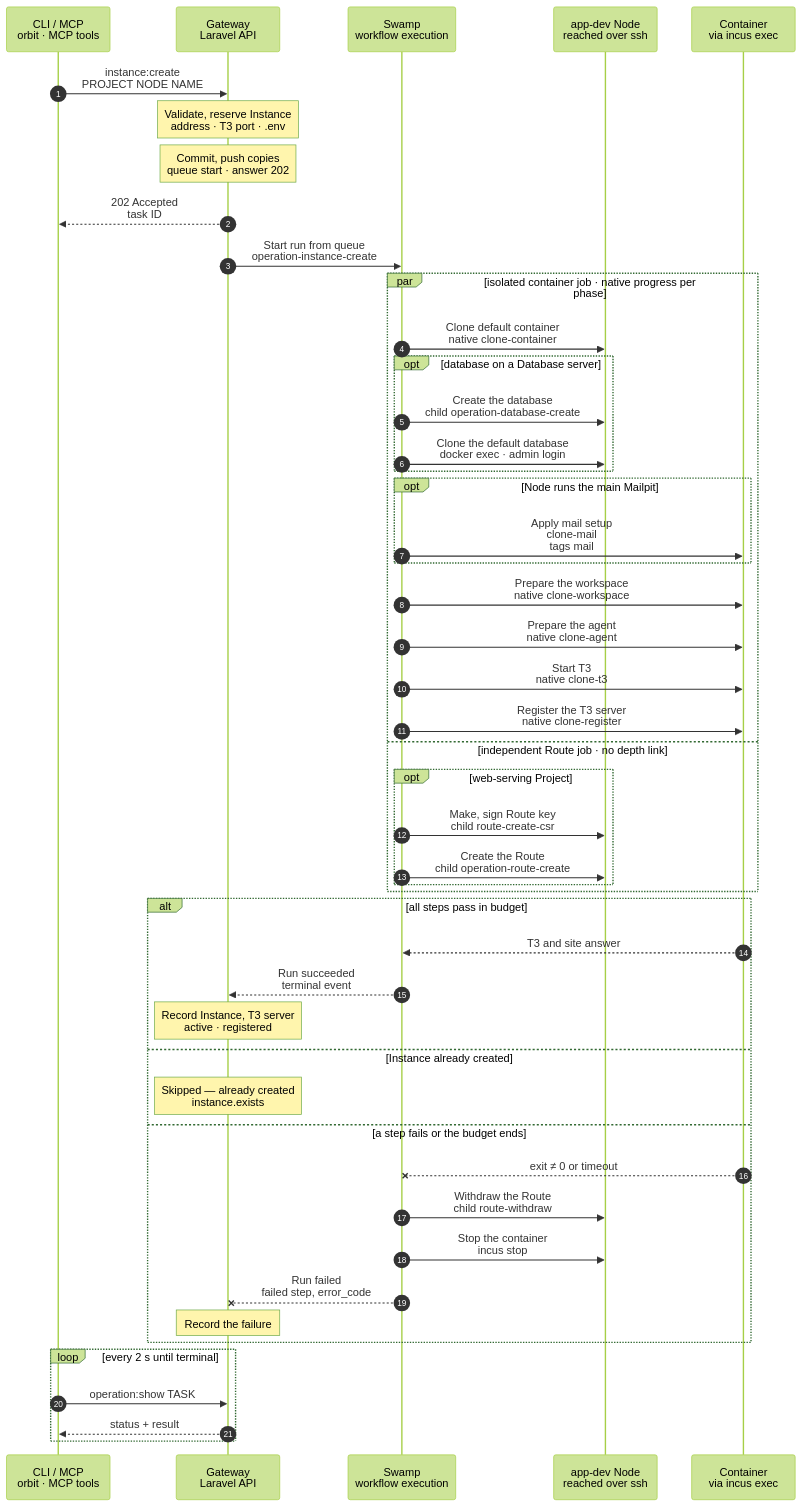
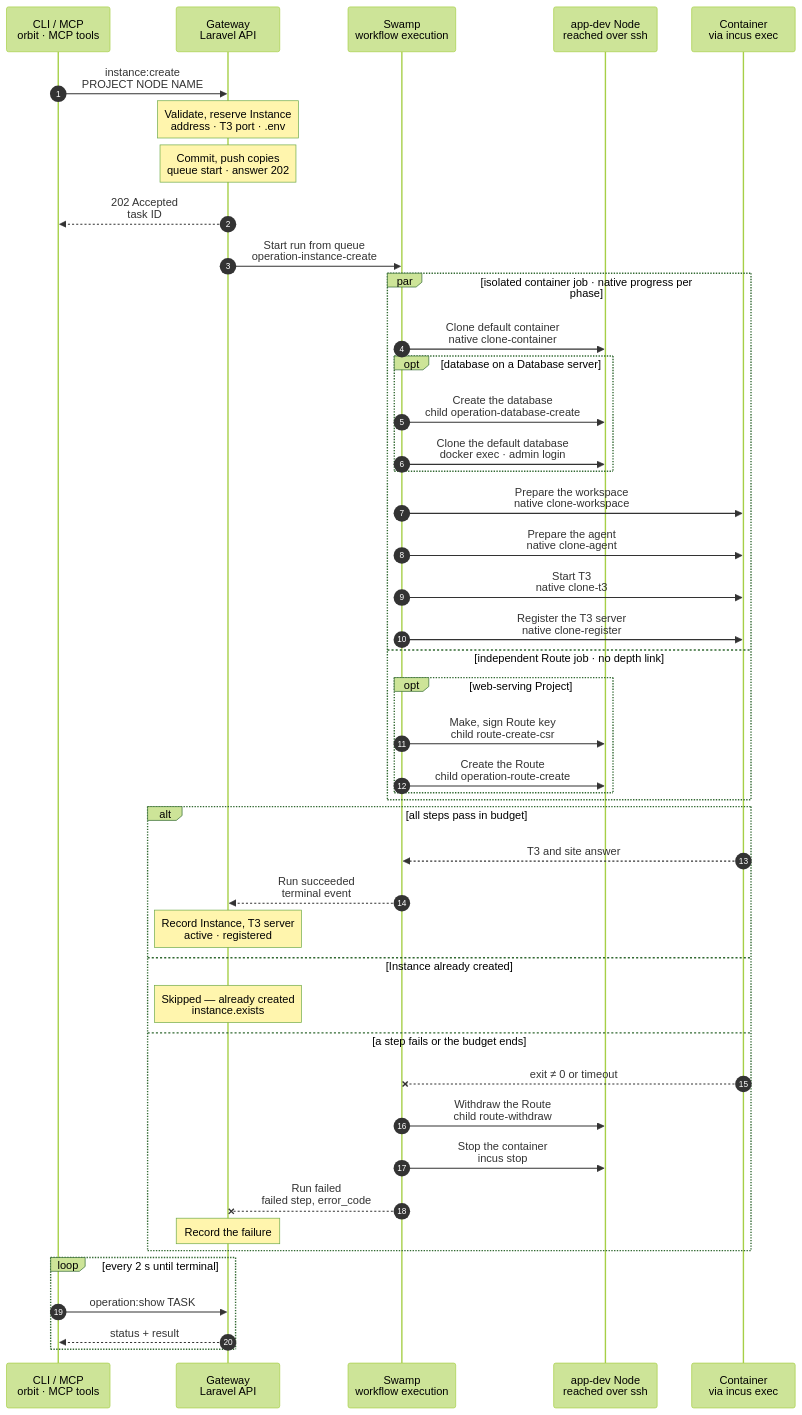
The diagram in docs/cli/instance/container/create.mmd (hardimpactdev/orbit), drawn with Mermaid (forest theme) before and after one commit. The commit also changed 21 other files, not shown here.

First line of the commit message:
Make development mail setup part of the fast container launch (#3450)

```diff
--- a/docs/cli/instance/container/create.mmd
+++ b/docs/cli/instance/container/create.mmd
@@ -1,123 +1,121 @@
 sequenceDiagram
   %% Target design, container runtime (ADR 0250 step 3, docs/reference/development-containers.md#create): every new Instance is a ZFS clone of the Project's default Instance on its Node, with a clone of its database. Built for the Nodes of the build list. The kind and its step names follow docs/cli/instance/create.mmd; the intent's `container.clone` marks a clone. The Project's first default Instance is container/create-default.mmd; when the charts move into place, it becomes the first-default branch of this chart.
   %% status: draft
   %% command: instance:create
   %% kind: instance.create
   autonumber
   %% lane CLI icon=terminal pill=caller tone=gray
   %% lane GW icon=gateway pill=intent tone=blue
   %% lane SW icon=workflow pill=executes tone=green
   %% lane N icon=server pill=target tone=amber
   %% lane C icon=server pill=target tone=purple
   participant CLI as CLI / MCP<br/>orbit · MCP tools
   participant GW as Gateway<br/>Laravel API
   participant SW as Swamp<br/>workflow execution
   participant N as app-dev Node<br/>reached over ssh
   participant C as Container<br/>via incus exec
   CLI->>GW: instance:create<br/>PROJECT NODE NAME
   %%> Command:
   %%> - `orbit instance:create PROJECT NODE NAME`
   %%> - syntax: `<project> <node> <name> [--root=PATH] [--domain=HOST] [--branch=BRANCH] [--database-server=SLUG]`
   Note over GW: Validate, reserve Instance<br/>address · T3 port · .env
   %%> Requirements:
   %%> - the calling Node has node access to the target Node, an active `app-dev` Node
   %%> - the Project's `default` Instance runs in a container on this Node, is active and has a seed snapshot, else `instance.default_missing`
   %%> - Conn is enabled, and the model router has its guard, else `operation.kind_unavailable`
   %%> - a database on a Database server clones on the default's server; another server refuses `instance.database_clone_unsupported`
   %%> Result:
   %%> - the Instance is reserved with its runtime record: container name, bridge address, the lowest free T3 port from 3800 and the default as clone source
   %%> - `.env` is rendered from the Project's env template; it, the placeholder model key and a repository read token go to the vault
   %%> - the clone workspace reads one private JSON vault value with `.env` and the Process environment files; SSH stdin takes the whole value
   %%> - a task is recorded with the full intent and `container.clone`
   Note over GW: Commit, push copies<br/>queue start · answer 202
   GW-->>CLI: 202 Accepted<br/>task ID
   GW->>SW: Start run from queue<br/>operation-instance-create
   par isolated container job · native progress per phase
     SW->>N: Clone default container<br/>native clone-container
     %%> What it does:
     %%> - the copy supplies the full root disk device (type, path, pool and size), whether the seed inherits it or stores it locally
     %%> - `incus copy` of the default container's snapshot `seed-<commit>`, a ZFS clone; a stopped default needs no start
     %%> - the copy gets its own bridge address and ACL, and the proxy device `t3`: NAT from the Node's WireGuard address and the T3 port to T3's port 3773
     %%> - the container's ACL lets the Node's Caddy reach port 8080, WireGuard peers reach port 3773, and the container reach its database server's port
     %%> - UFW: a route rule admits WireGuard peers to T3, below a deny for the task VM range; a rule admits the container to its database server's port
     %%> - starts the copy: nftables, `hidepid` and the image's units start; T3 does not, because `/etc/orbit/instance` does not exist yet
+    %%> Mail:
+    %%> - the same launch applies the exact SMTP path before the four root-owned mail units; no separate mail playbook or step
+    %%> - two IPv4 loopback sockets forward 1025 and 2525; foreign units or listeners skip setup without stopping their Process
+    %%> On mail failure:
+    %%> - keep a mail warning and continue workspace, T3 and registration; mail:update remains the repair command
     %%> Branch:
     %%> - fetches the Instance's branch into the Node's mirror with the read token, or creates it at the seed commit; the token stays on the Node
     opt database on a Database server
       SW->>N: Create the database<br/>child operation-database-create
       %%> What it does, through the database family:
       %%> - creates the Instance's owner and an empty database on the default's server
       SW->>N: Clone the default database<br/>docker exec · admin login
       %%> What it does:
       %%> - PostgreSQL: refuses new connections to the default database and ends its sessions, then `CREATE DATABASE … TEMPLATE`, and gives the clone's objects to the new owner
       %%> - a cleanup that always runs allows connections to the default database again
       %%> - MySQL: a dump of the default database restored into the new one
       %%> Runs beside the clone step: Swamp starts both at once.
-    end
-    opt Node runs the main Mailpit
-      SW->>C: Apply mail setup<br/>clone-mail<br/>tags mail
-      %%> Why:
-      %%> - the exact own-ACL SMTP rule and additive bridge endpoint reach Mailpit without a Node converge
-      %%> When:
-      %%> - two IPv4 loopback sockets forward 1025 and 2525; a foreign listener skips setup without stopping its Process
     end
     SW->>C: Prepare the workspace<br/>native clone-workspace
     %%> What it does:
     %%> - pushes the branch in as a bundle and checks it out in `/srv/workspace`; the group, setgid bits and default ACLs come with the clone
     %%> - writes `.env` for `orbit` with group `work`; it keeps the default's `APP_KEY`, because the cloned data is encrypted with it
     %%> No setup steps:
     %%> - the default Instance installed the dependencies and migrated; a later lockfile change is installed in the workspace
     SW->>C: Prepare the agent<br/>native clone-agent
     %%> What it does:
     %%> - writes the placeholder key for `agent`, and the Claude Code and Codex settings that point at the model forwarder
     %%> - links `~/.claude/CLAUDE.md` and `~/.codex/AGENTS.md` of `agent` to the note of the Project type
     %%> - writes `/etc/orbit/instance`, owned by root and readable by all
     %%> What it does:
     %%> - writes the shared FrankenPHP Caddyfile and unit, then restarts it as `orbit`; only the Node's bridge peer with `X-Forwarded-Proto: https` sets PHP's HTTPS scheme, port and resolved client IP
   %%> - starts use nonblocking systemd jobs, then a bounded readiness check for each running unit; container Process units order after `network.target`
     SW->>C: Start T3<br/>native clone-t3
     %%> What it does:
     %%> - T3 starts for the first time and creates its identity; the T3 project `/srv/workspace` is added as `agent`
     %%> Check:
     %%> - waits up to 30 s for `/.well-known/t3/environment`, else `instance.t3_unready`
     SW->>C: Register the T3 server<br/>native clone-register
     %%> What it does:
     %%> - see container/t3-register.mmd: the sessions go to the vault, and the step checks the environment id and scopes
   and independent Route job · no depth link
     opt web-serving Project
       SW->>N: Make, sign Route key<br/>child route-create-csr
       SW->>N: Create the Route<br/>child operation-route-create
       %%> What it adds:
       %%> - the same steps as `route:create`, with the signed certificate, then a TLS handshake check; no HTTP request waits for app startup
       %%> - the Node's Caddy proxies the Route to FrankenPHP at the container's bridge address
       %%> - the Route job waits only for its CSR; a separate job prevents depth scheduling from delaying the container phases
       %%> - the prepared Route skips workspace ACL and environment writes; the container job owns those
     end
   end
   alt all steps pass in budget
     C-->>SW: T3 and site answer
     SW-->>GW: Run succeeded<br/>terminal event
     Note over GW: Record Instance, T3 server<br/>active · registered
     %%> Result:
     %%> - the Instance, its runtime and its Route become active; the runtime records the default Instance it came from
     %%> - the Conn layer records the T3 server from the result; its Node is the container's Node and it names the Instance
     %%> - the receipt includes when T3 answered, its sessions passed, and the Route TLS probes passed
   else Instance already created
     Note over GW: Skipped — already created<br/>instance.exists
   else a step fails or the budget ends
     C--xSW: exit ≠ 0 or timeout
     SW->>N: Withdraw the Route<br/>child route-withdraw
     %%> When:
     %%> - only when the run published it
     SW->>N: Stop the container<br/>incus stop
     %%> What stays:
     %%> - the stopped container, its database and its runtime record, marked failed; `instance:destroy` removes them
     SW--xGW: Run failed<br/>failed step, error_code
     Note over GW: Record the failure
     %%> Retry:
     %%> - run the same command again; it resumes on the same container and database
   end
   loop every 2 s until terminal
     CLI->>GW: operation:show TASK
     GW-->>CLI: status + result
   end
```
